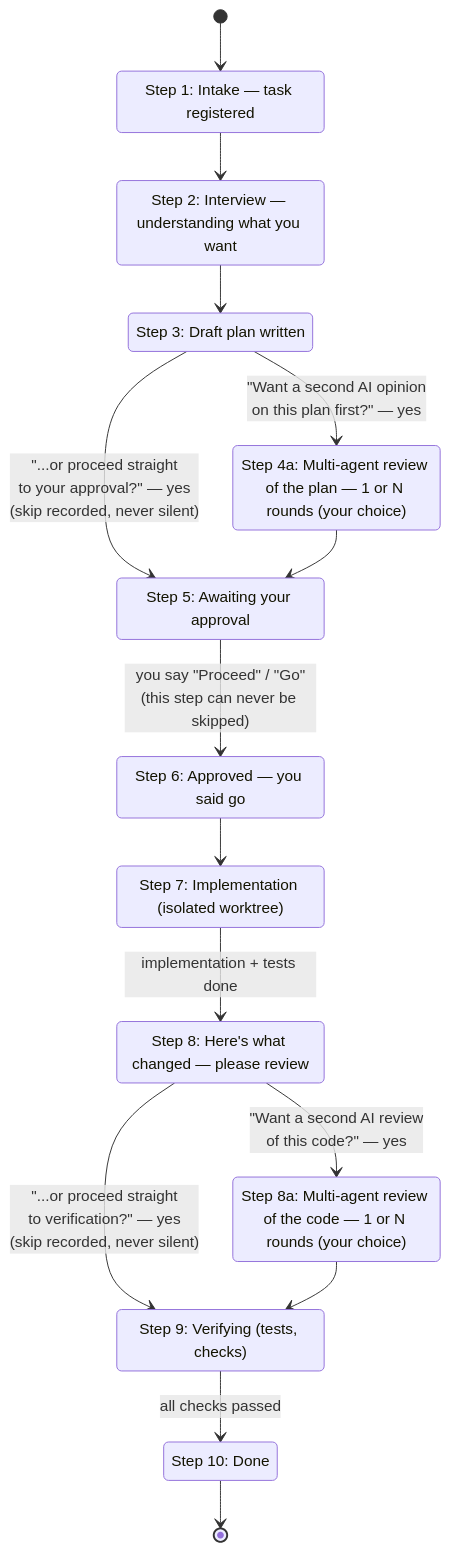
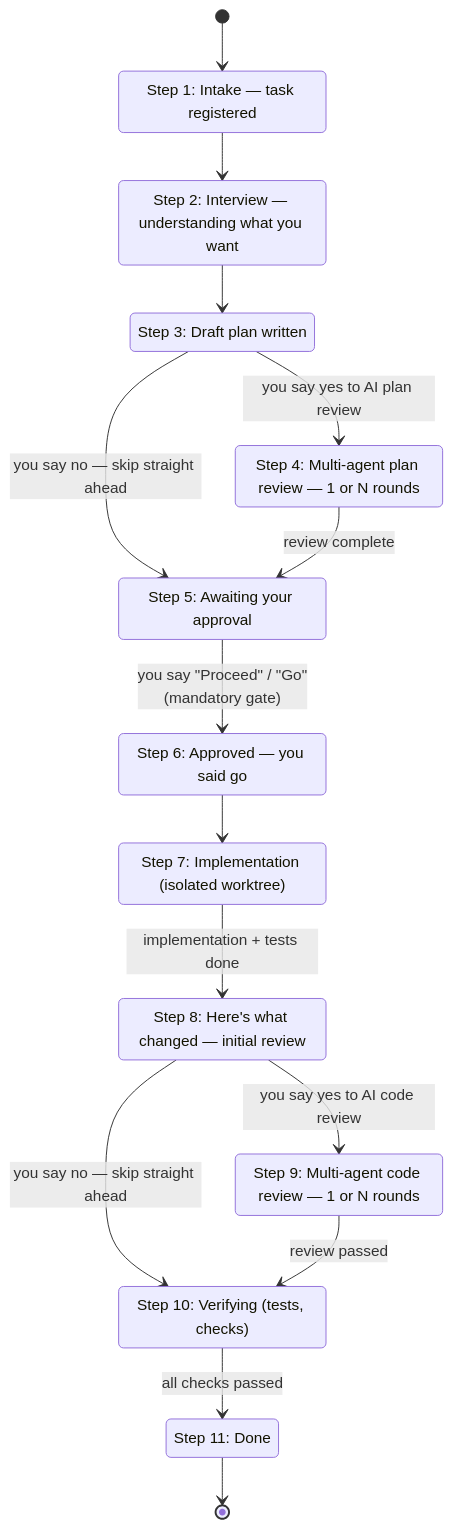
One commit to richfrem/agent-plugins-skills changed the diagram in docs/diagrams/control-plane-pipeline-happy-path.mermaid. Above: the diagram before and after it, drawn with Mermaid. The commit also changed 1 other file, not shown here.

Commit message:
Simplify happy-path diagram wording, restore the two user-decision branches
Follow-up to the previous commit: renumbered/simplified the happy-path
diagram's step labels for quicker reading, but the simplification had
dropped the two discretionary skip branches (DRAFT_PLAN->AWAITING_APPROVAL,
WORKTREE_REVIEW->VERIFY_EXIT) entirely, making it look like AI review is
mandatory. Restored both branches — they're a normal expected choice
asked every time, not an edge case, so a "happy path" diagram that omits
them misrepresents the pipeline. Synced README's embedded copy to match.

Documentation-only. 100/100 tests passing.

```diff
--- a/docs/diagrams/control-plane-pipeline-happy-path.mermaid
+++ b/docs/diagrams/control-plane-pipeline-happy-path.mermaid
@@ -1,27 +1,27 @@
 stateDiagram-v2
     state "Step 1: Intake — task registered" as INTAKE
     state "Step 2: Interview — understanding what you want" as INTERVIEW
     state "Step 3: Draft plan written" as DRAFT_PLAN
-    state "Step 4a: Multi-agent review of the plan — 1 or N rounds (your choice)" as MULTI_AGENT_REVIEW
+    state "Step 4: Multi-agent plan review — 1 or N rounds" as MULTI_AGENT_REVIEW
     state "Step 5: Awaiting your approval" as AWAITING_APPROVAL
     state "Step 6: Approved — you said go" as APPROVED
     state "Step 7: Implementation (isolated worktree)" as IN_WORKTREE
-    state "Step 8: Here's what changed — please review" as WORKTREE_REVIEW
-    state "Step 8a: Multi-agent review of the code — 1 or N rounds (your choice)" as MULTI_AGENT_CODE_REVIEW
-    state "Step 9: Verifying (tests, checks)" as VERIFY_EXIT
-    state "Step 10: Done" as DONE
+    state "Step 8: Here's what changed — initial review" as WORKTREE_REVIEW
+    state "Step 9: Multi-agent code review — 1 or N rounds" as MULTI_AGENT_CODE_REVIEW
+    state "Step 10: Verifying (tests, checks)" as VERIFY_EXIT
+    state "Step 11: Done" as DONE
 
     [*] --> INTAKE
     INTAKE --> INTERVIEW
     INTERVIEW --> DRAFT_PLAN
-    DRAFT_PLAN --> MULTI_AGENT_REVIEW : "Want a second AI opinion<br>on this plan first?" — yes
-    DRAFT_PLAN --> AWAITING_APPROVAL : "...or proceed straight<br>to your approval?" — yes<br>(skip recorded, never silent)
-    MULTI_AGENT_REVIEW --> AWAITING_APPROVAL
-    AWAITING_APPROVAL --> APPROVED : you say "Proceed" / "Go"<br>(this step can never be skipped)
+    DRAFT_PLAN --> MULTI_AGENT_REVIEW : you say yes to AI plan review
+    DRAFT_PLAN --> AWAITING_APPROVAL : you say no — skip straight ahead
+    MULTI_AGENT_REVIEW --> AWAITING_APPROVAL : review complete
+    AWAITING_APPROVAL --> APPROVED : you say "Proceed" / "Go"<br>(mandatory gate)
     APPROVED --> IN_WORKTREE
     IN_WORKTREE --> WORKTREE_REVIEW : implementation + tests done
-    WORKTREE_REVIEW --> MULTI_AGENT_CODE_REVIEW : "Want a second AI review<br>of this code?" — yes
-    WORKTREE_REVIEW --> VERIFY_EXIT : "...or proceed straight<br>to verification?" — yes<br>(skip recorded, never silent)
-    MULTI_AGENT_CODE_REVIEW --> VERIFY_EXIT
+    WORKTREE_REVIEW --> MULTI_AGENT_CODE_REVIEW : you say yes to AI code review
+    WORKTREE_REVIEW --> VERIFY_EXIT : you say no — skip straight ahead
+    MULTI_AGENT_CODE_REVIEW --> VERIFY_EXIT : review passed
     VERIFY_EXIT --> DONE : all checks passed
     DONE --> [*]
```
